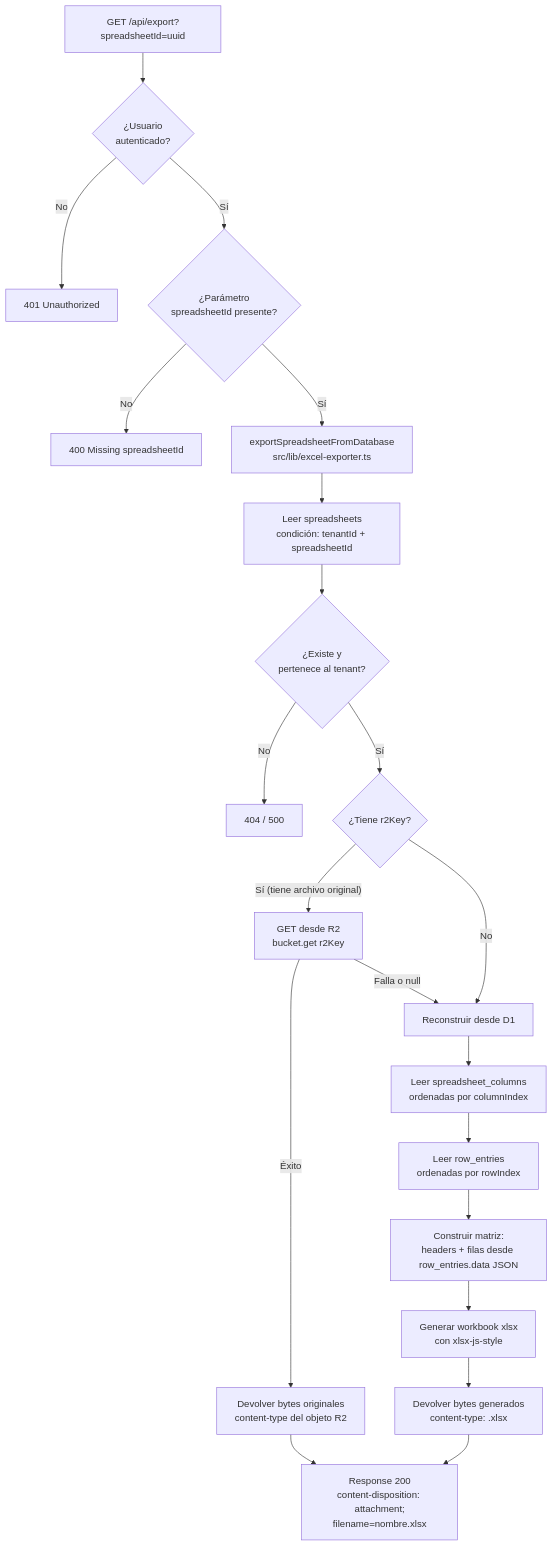
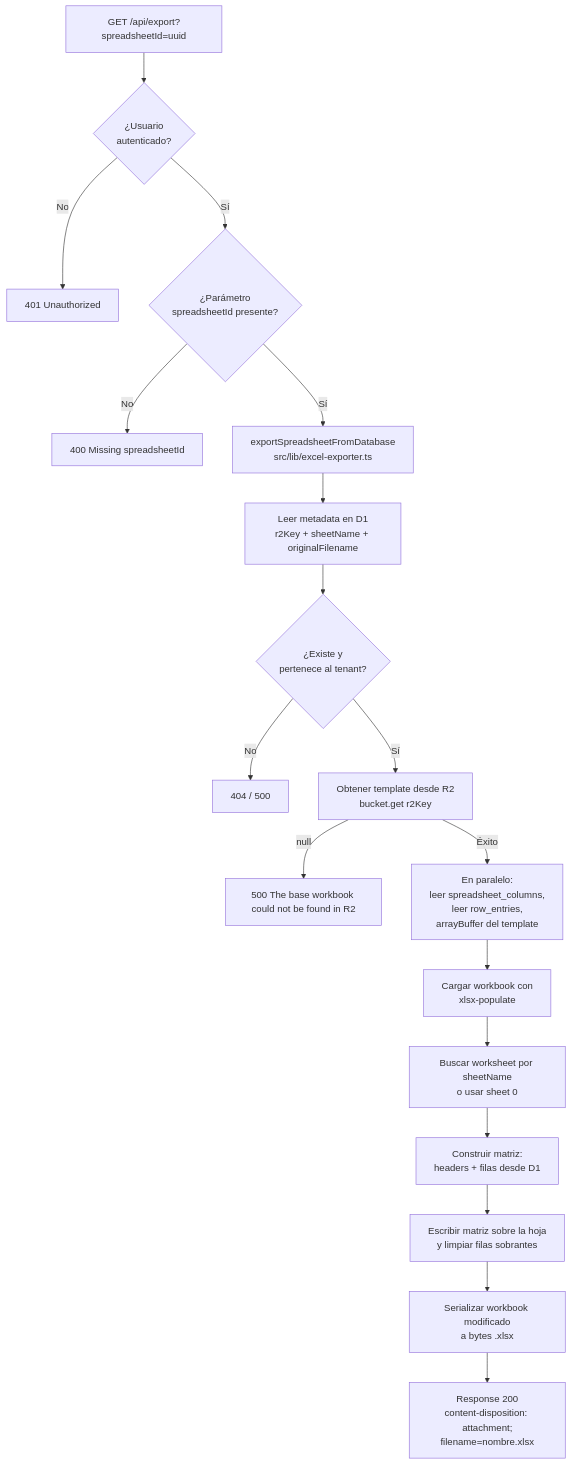
The diagram in docs/architecture/06-exportacion.md (MathiasGonzalez/PlanillaInteligente), drawn with Mermaid before and after one commit. The commit also changed other lines of this file and 3 other files, not shown here.

````diff
--- a/docs/architecture/06-exportacion.md
+++ b/docs/architecture/06-exportacion.md
@@ -7,26 +7,21 @@
 ```mermaid
 flowchart TD
     A[GET /api/export?spreadsheetId=uuid] --> B{¿Usuario\nautenticado?}
     B -->|No| Z1[401 Unauthorized]
     B -->|Sí| C{¿Parámetro\nspreadsheetId presente?}
     C -->|No| Z2[400 Missing spreadsheetId]
     C -->|Sí| D[exportSpreadsheetFromDatabase\nsrc/lib/excel-exporter.ts]
 
-    D --> E[Leer spreadsheets\ncondición: tenantId + spreadsheetId]
+    D --> E[Leer metadata en D1\nr2Key + sheetName + originalFilename]
     E --> F{¿Existe y\npertenece al tenant?}
     F -->|No| Z3[404 / 500]
-    F -->|Sí| G{¿Tiene r2Key?}
-
-    G -->|"Sí (tiene archivo original)"| H[GET desde R2\nbucket.get r2Key]
-    H -->|Éxito| I[Devolver bytes originales\ncontent-type del objeto R2]
-    H -->|Falla o null| J[Reconstruir desde D1]
-
-    G -->|"No"| J
-    J --> K[Leer spreadsheet_columns\nordenadas por columnIndex]
-    K --> L[Leer row_entries\nordenadas por rowIndex]
-    L --> M[Construir matriz:\nheaders + filas desde row_entries.data JSON]
-    M --> N[Generar workbook xlsx\ncon xlsx-js-style]
-    N --> O[Devolver bytes generados\ncontent-type: .xlsx]
-
-    I & O --> P["Response 200\ncontent-disposition: attachment;\nfilename=nombre.xlsx"]
+    F -->|Sí| G[Obtener template desde R2\nbucket.get r2Key]
+    G -->|null| Z4[500 The base workbook could not be found in R2]
+    G -->|Éxito| H[En paralelo:\nleer spreadsheet_columns,\nleer row_entries,\narrayBuffer del template]
+    H --> I[Cargar workbook con\nxlsx-populate]
+    I --> J[Buscar worksheet por sheetName\no usar sheet 0]
+    J --> K[Construir matriz:\nheaders + filas desde D1]
+    K --> L[Escribir matriz sobre la hoja\ny limpiar filas sobrantes]
+    L --> M[Serializar workbook modificado\na bytes .xlsx]
+    M --> N["Response 200\ncontent-disposition: attachment;\nfilename=nombre.xlsx"]
 ```
````
